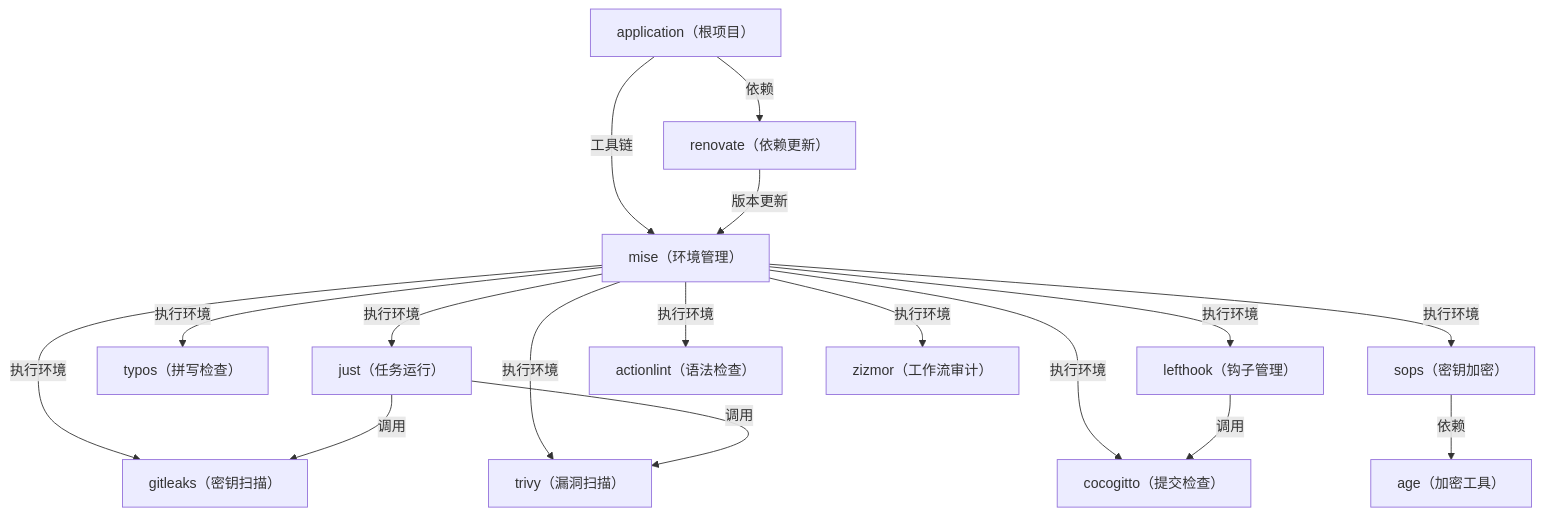
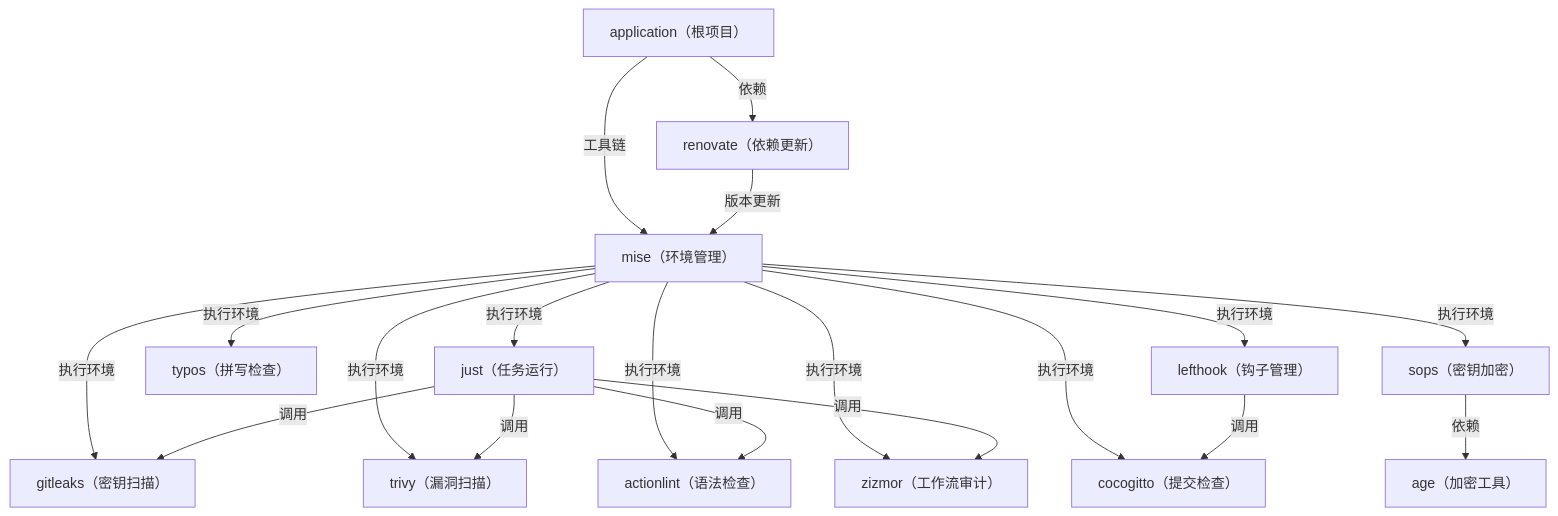
One commit to sweets-wtt/application changed the diagram in README.md. Above: the diagram before and after it, drawn with Mermaid. The commit also changed other lines of this file and 5 other files, not shown here.

````diff
--- a/README.md
+++ b/README.md
@@ -10,20 +10,22 @@
 ```mermaid
 flowchart TD
     application["application（根项目）"]
     application -->|工具链| mise["mise（环境管理）"]
     mise -->|执行环境| just["just（任务运行）"]
     mise -->|执行环境| typos["typos（拼写检查）"]
     mise -->|执行环境| cocogitto["cocogitto（提交检查）"]
     mise -->|执行环境| lefthook["lefthook（钩子管理）"]
     lefthook -->|调用| cocogitto["cocogitto（提交检查）"]
     mise -->|执行环境| gitleaks["gitleaks（密钥扫描）"]
     just -->|调用| gitleaks["gitleaks（密钥扫描）"]
     application -->|依赖| renovate["renovate（依赖更新）"]
     renovate -->|版本更新| mise["mise（环境管理）"]
     mise -->|执行环境| sops["sops（密钥加密）"]
     sops -->|依赖| age["age（加密工具）"]
     mise -->|执行环境| trivy["trivy（漏洞扫描）"]
     just -->|调用| trivy["trivy（漏洞扫描）"]
     mise -->|执行环境| actionlint["actionlint（语法检查）"]
     mise -->|执行环境| zizmor["zizmor（工作流审计）"]
+    just -->|调用| actionlint["actionlint（语法检查）"]
+    just -->|调用| zizmor["zizmor（工作流审计）"]
 ```
````
